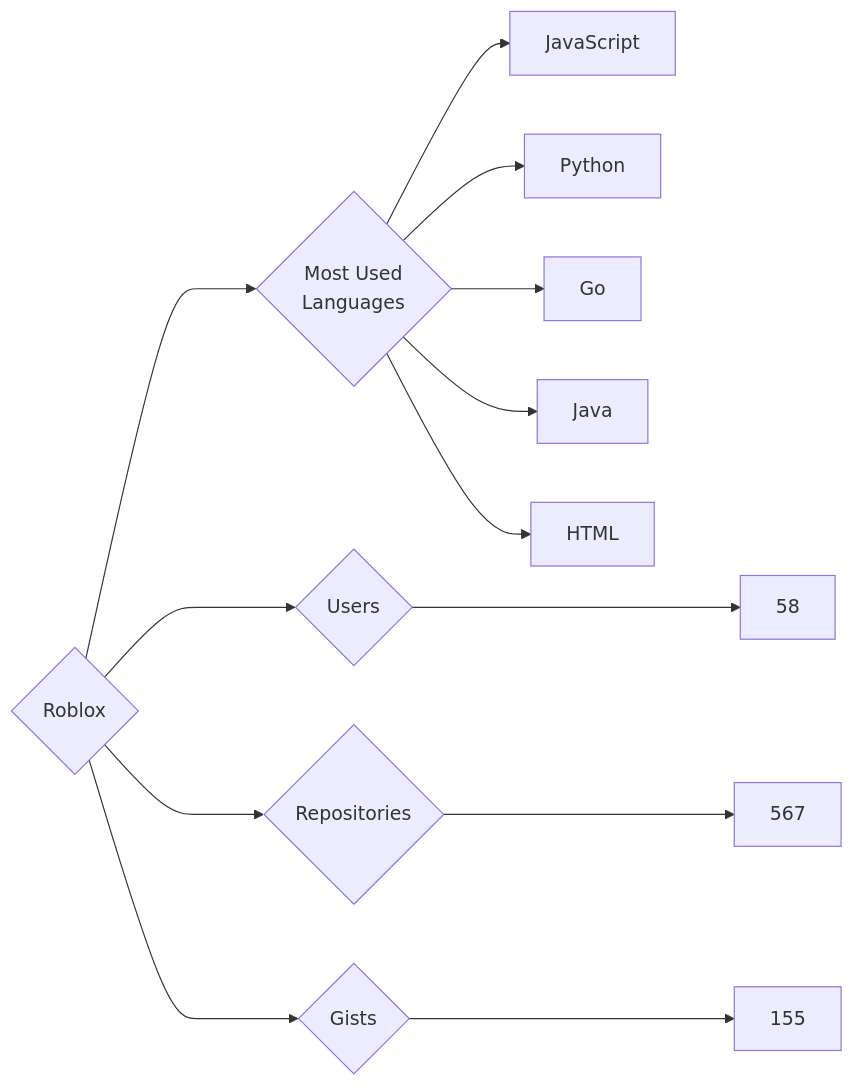
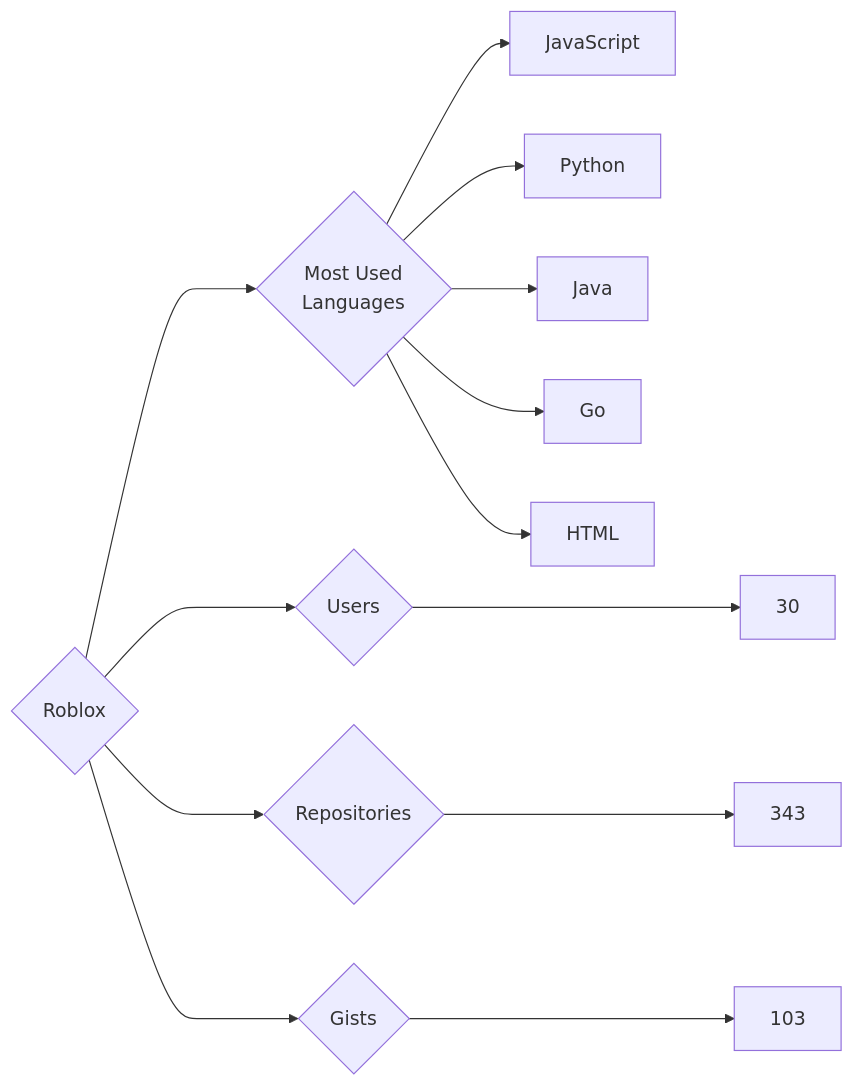
The diagram in targets/Roblox/README.md (trickest/insiders), drawn with Mermaid before and after one commit. The commit also changed 851 other files, not shown here.

````diff
--- a/targets/Roblox/README.md
+++ b/targets/Roblox/README.md
@@ -3,13 +3,13 @@
 ```mermaid
 graph LR
 COMPANY_NAME{Roblox}
-COMPANY_NAME ---> U{Users} ---> UN[58]
-COMPANY_NAME ---> R{Repositories} ---> RN[567]
-COMPANY_NAME ---> G{Gists} ---> GN[155]
+COMPANY_NAME ---> U{Users} ---> UN[30]
+COMPANY_NAME ---> R{Repositories} ---> RN[343]
+COMPANY_NAME ---> G{Gists} ---> GN[103]
 COMPANY_NAME ---> ML{Most Used<br>Languages}
 ML --> JavaScript[JavaScript]
 ML --> Python[Python]
+ML --> Java[Java]
 ML --> Go[Go]
-ML --> Java[Java]
 ML --> HTML[HTML]
 ```
````
